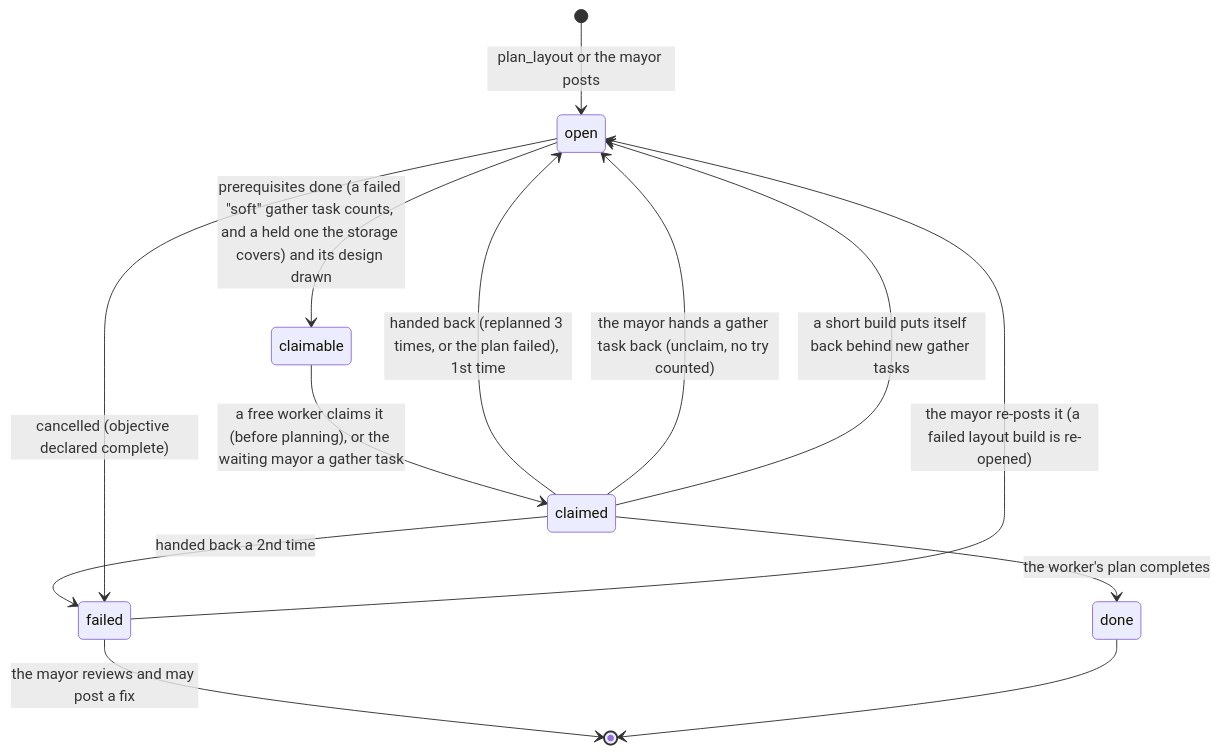
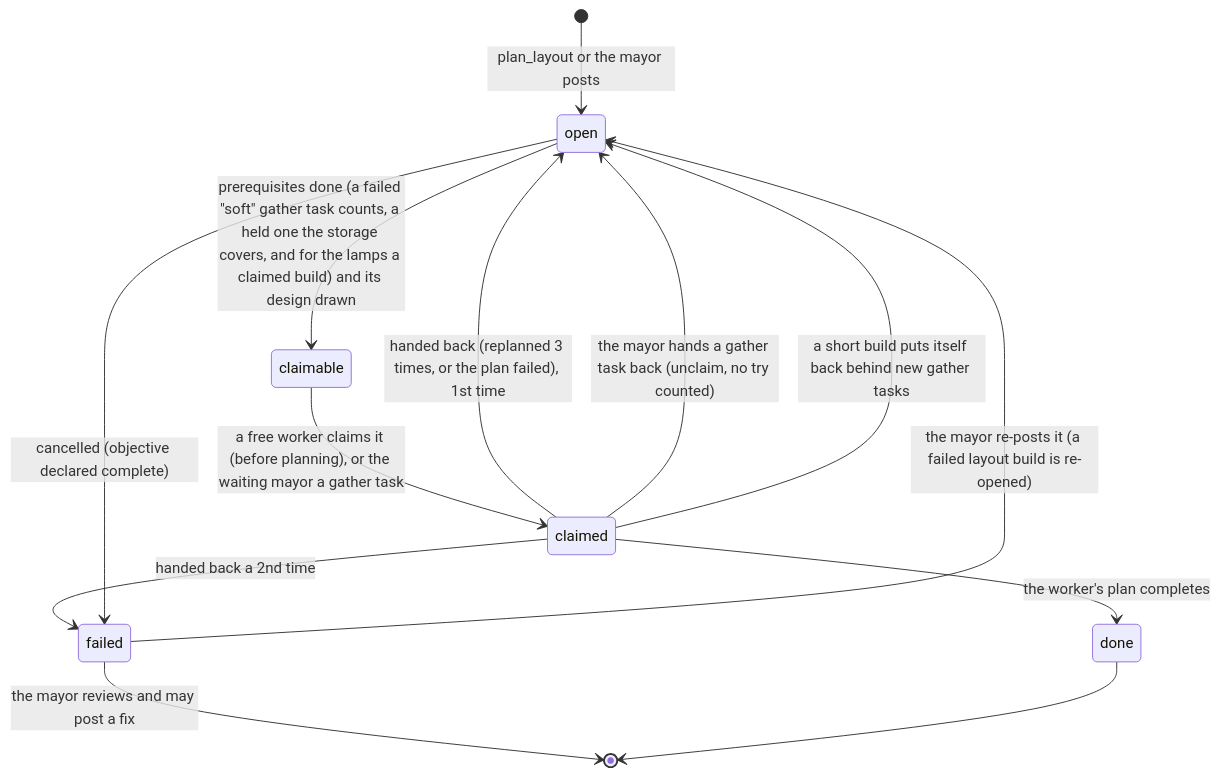
Before and after one commit to delphium226/MCAISandbox: the eighth of 16 diagrams in docs/ARCHITECTURE.md, drawn with Mermaid. The commit also changed other lines of this file and 3 other files, not shown here.

````diff
--- a/docs/ARCHITECTURE.md
+++ b/docs/ARCHITECTURE.md
@@ -444,15 +451,15 @@
 ```mermaid
 stateDiagram-v2
   [*] --> open: plan_layout or the mayor posts
-  open --> claimable: prerequisites done (a failed "soft" gather task counts, and a held one the storage covers) and its design drawn
+  open --> claimable: prerequisites done (a failed "soft" gather task counts, a held one the storage covers, and for the lamps a claimed build) and its design drawn
   claimable --> claimed: a free worker claims it (before planning), or the waiting mayor a gather task
   claimed --> done: the worker's plan completes
   claimed --> open: handed back (replanned 3 times, or the plan failed), 1st time
   claimed --> open: the mayor hands a gather task back (unclaim, no try counted)
   claimed --> failed: handed back a 2nd time
   open --> failed: cancelled (objective declared complete)
   failed --> open: the mayor re-posts it (a failed layout build is re-opened)
   failed --> [*]: the mayor reviews and may post a fix
   claimed --> open: a short build puts itself back behind new gather tasks
   done --> [*]
 ```
````
